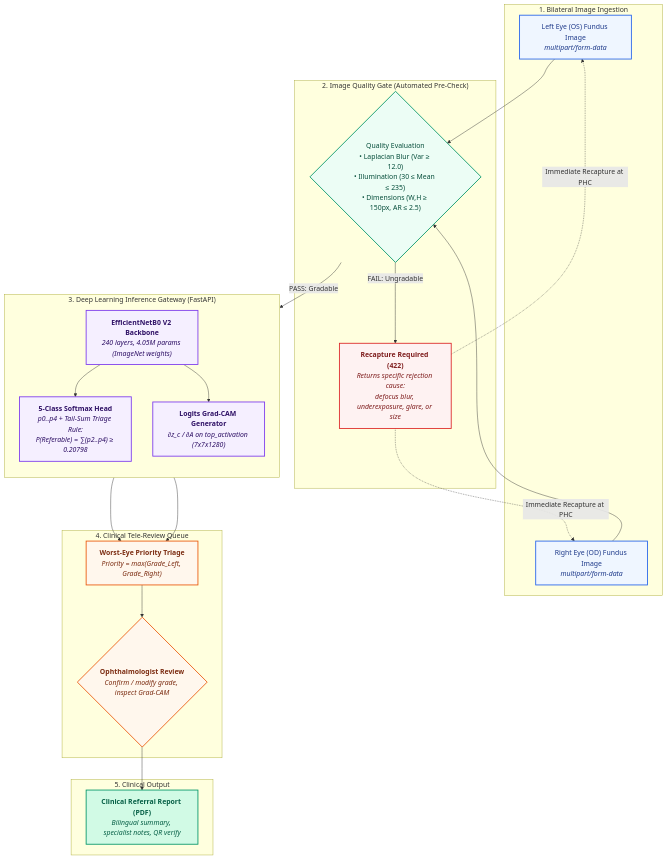
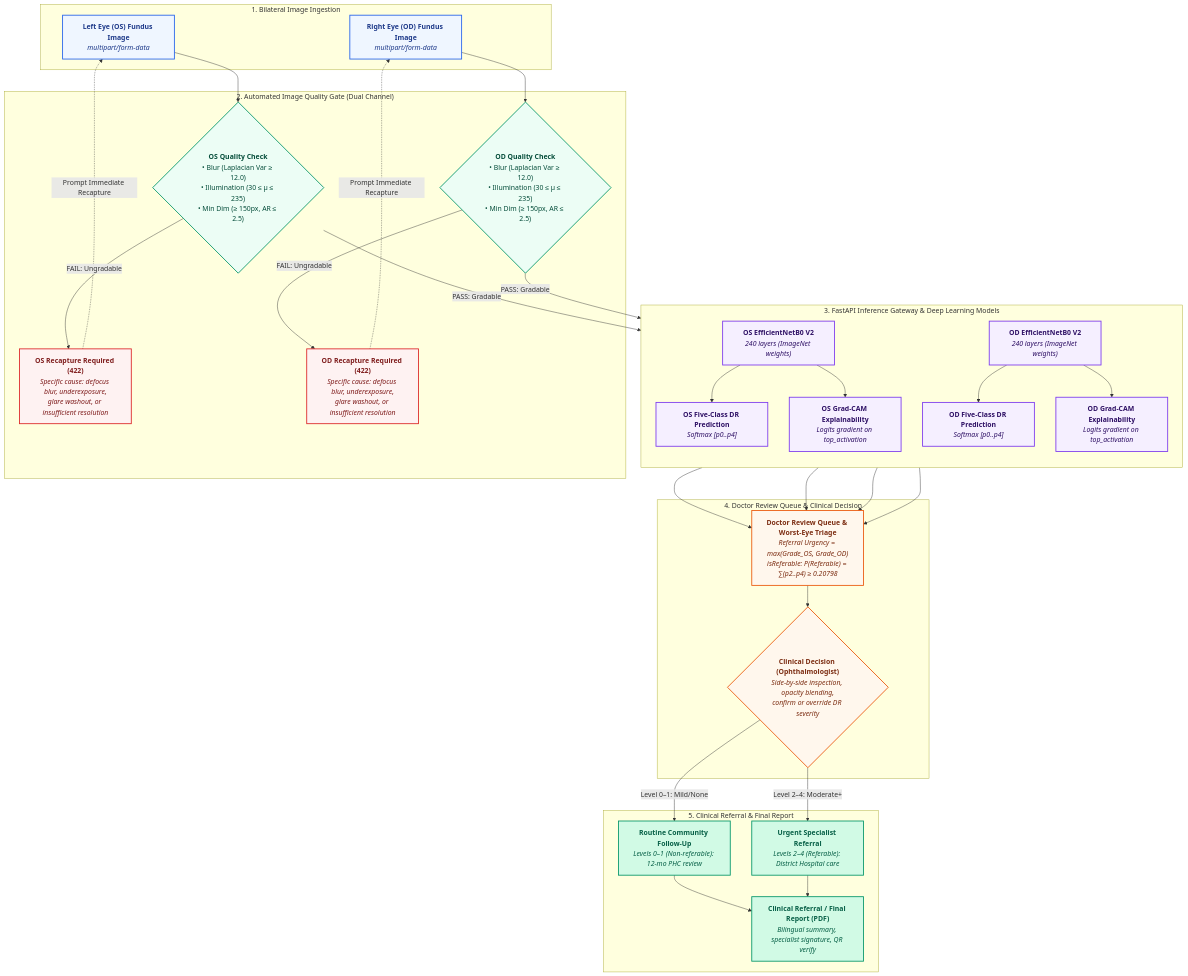
Before and after one commit to SudarshanSingh1/DR-Screening-System: the first of 3 diagrams in README.md, drawn with Mermaid. The commit also changed other lines of this file, not shown here.

````diff
--- a/README.md
+++ b/README.md
@@ -94,55 +94,77 @@
 ```mermaid
 flowchart TD
     subgraph S1 ["1. Bilateral Image Ingestion"]
-        LE["Left Eye (OS) Fundus Image<br/><i>multipart/form-data</i>"]
-        RE["Right Eye (OD) Fundus Image<br/><i>multipart/form-data</i>"]
+        LE_IN["<b>Left Eye (OS) Fundus Image</b><br/><i>multipart/form-data</i>"]
+        RE_IN["<b>Right Eye (OD) Fundus Image</b><br/><i>multipart/form-data</i>"]
     end
 
-    subgraph S2 ["2. Image Quality Gate (Automated Pre-Check)"]
-        QG{"Quality Evaluation<br/>• Laplacian Blur (Var ≥ 12.0)<br/>• Illumination (30 ≤ Mean ≤ 235)<br/>• Dimensions (W,H ≥ 150px, AR ≤ 2.5)"}
-        RECAP["<b>Recapture Required (422)</b><br/><i>Returns specific rejection cause:<br/>defocus blur, underexposure, glare, or size</i>"]
+    subgraph S2 ["2. Automated Image Quality Gate (Dual Channel)"]
+        QG_LE{"<b>OS Quality Check</b><br/>• Blur (Laplacian Var ≥ 12.0)<br/>• Illumination (30 ≤ μ ≤ 235)<br/>• Min Dim (≥ 150px, AR ≤ 2.5)"}
+        QG_RE{"<b>OD Quality Check</b><br/>• Blur (Laplacian Var ≥ 12.0)<br/>• Illumination (30 ≤ μ ≤ 235)<br/>• Min Dim (≥ 150px, AR ≤ 2.5)"}
+        RECAP_LE["<b>OS Recapture Required (422)</b><br/><i>Specific cause: defocus blur, underexposure,<br/>glare washout, or insufficient resolution</i>"]
+        RECAP_RE["<b>OD Recapture Required (422)</b><br/><i>Specific cause: defocus blur, underexposure,<br/>glare washout, or insufficient resolution</i>"]
     end
 
-    subgraph S3 ["3. Deep Learning Inference Gateway (FastAPI)"]
+    subgraph S3 ["3. FastAPI Inference Gateway & Deep Learning Models"]
         direction TB
-        M5["<b>EfficientNetB0 V2 Backbone</b><br/><i>240 layers, 4.05M params (ImageNet weights)</i>"]
-        PRED["<b>5-Class Softmax Head</b><br/><i>p0..p4 + Tail-Sum Triage Rule:<br/>P(Referable) = ∑(p2..p4) ≥ 0.20798</i>"]
-        XAI["<b>Logits Grad-CAM Generator</b><br/><i>∂z_c / ∂A on top_activation (7x7x1280)</i>"]
-        M5 --> PRED
-        M5 --> XAI
+        M5_LE["<b>OS EfficientNetB0 V2</b><br/><i>240 layers (ImageNet weights)</i>"]
+        M5_RE["<b>OD EfficientNetB0 V2</b><br/><i>240 layers (ImageNet weights)</i>"]
+        PRED_LE["<b>OS Five-Class DR Prediction</b><br/><i>Softmax [p0..p4]</i>"]
+        PRED_RE["<b>OD Five-Class DR Prediction</b><br/><i>Softmax [p0..p4]</i>"]
+        XAI_LE["<b>OS Grad-CAM Explainability</b><br/><i>Logits gradient on top_activation</i>"]
+        XAI_RE["<b>OD Grad-CAM Explainability</b><br/><i>Logits gradient on top_activation</i>"]
+
+        M5_LE --> PRED_LE
+        M5_LE --> XAI_LE
+        M5_RE --> PRED_RE
+        M5_RE --> XAI_RE
     end
 
-    subgraph S4 ["4. Clinical Tele-Review Queue"]
-        TRIAGE["<b>Worst-Eye Priority Triage</b><br/><i>Priority = max(Grade_Left, Grade_Right)</i>"]
-        DOC{"<b>Ophthalmologist Review</b><br/><i>Confirm / modify grade, inspect Grad-CAM</i>"}
-        TRIAGE --> DOC
+    subgraph S4 ["4. Doctor Review Queue & Clinical Decision"]
+        TRIAGE["<b>Doctor Review Queue & Worst-Eye Triage</b><br/><i>Referral Urgency = max(Grade_OS, Grade_OD)<br/>isReferable: P(Referable) = ∑(p2..p4) ≥ 0.20798</i>"]
+        DOC_EVAL{"<b>Clinical Decision (Ophthalmologist)</b><br/><i>Side-by-side inspection, opacity blending,<br/>confirm or override DR severity</i>"}
+        TRIAGE --> DOC_EVAL
     end
 
-    subgraph S5 ["5. Clinical Output"]
-        REP["<b>Clinical Referral Report (PDF)</b><br/><i>Bilingual summary, specialist notes, QR verify</i>"]
+    subgraph S5 ["5. Clinical Referral & Final Report"]
+        ROUTINE["<b>Routine Community Follow-Up</b><br/><i>Levels 0–1 (Non-referable): 12-mo PHC review</i>"]
+        URGENT["<b>Urgent Specialist Referral</b><br/><i>Levels 2–4 (Referable): District Hospital care</i>"]
+        FINAL_REP["<b>Clinical Referral / Final Report (PDF)</b><br/><i>Bilingual summary, specialist signature, QR verify</i>"]
+
+        ROUTINE --> FINAL_REP
+        URGENT --> FINAL_REP
     end
 
-    LE --> QG
-    RE --> QG
-    QG -->|FAIL: Ungradable| RECAP
-    RECAP -.->|Immediate Recapture at PHC| LE
-    RECAP -.->|Immediate Recapture at PHC| RE
-    QG -->|PASS: Gradable| M5
-    PRED --> TRIAGE
-    XAI --> TRIAGE
-    DOC --> REP
+    LE_IN --> QG_LE
+    RE_IN --> QG_RE
+
+    QG_LE -->|FAIL: Ungradable| RECAP_LE
+    RECAP_LE -.->|Prompt Immediate Recapture| LE_IN
+    QG_LE -->|PASS: Gradable| M5_LE
+
+    QG_RE -->|FAIL: Ungradable| RECAP_RE
+    RECAP_RE -.->|Prompt Immediate Recapture| RE_IN
+    QG_RE -->|PASS: Gradable| M5_RE
+
+    PRED_LE --> TRIAGE
+    XAI_LE --> TRIAGE
+    PRED_RE --> TRIAGE
+    XAI_RE --> TRIAGE
+
+    DOC_EVAL -->|Level 0–1: Mild/None| ROUTINE
+    DOC_EVAL -->|Level 2–4: Moderate+| URGENT
 
     classDef input stroke:#2563eb,stroke-width:2px,fill:#eff6ff,color:#1e3a8a;
-    classDef gatePass stroke:#059669,stroke-width:2px,fill:#ecfdf5,color:#064e3b;
-    classDef gateFail stroke:#dc2626,stroke-width:2px,fill:#fef2f2,color:#7f1d1d;
+    classDef passGate stroke:#059669,stroke-width:2px,fill:#ecfdf5,color:#064e3b;
+    classDef failGate stroke:#dc2626,stroke-width:2px,fill:#fef2f2,color:#7f1d1d;
     classDef mlEngine stroke:#7c3aed,stroke-width:2px,fill:#f5efff,color:#2e1065;
     classDef clinical stroke:#ea580c,stroke-width:2px,fill:#fff7ed,color:#7c2d12;
     classDef output stroke:#059669,stroke-width:2px,fill:#d1fae5,color:#065f46;
 
-    class LE,RE input;
-    class QG gatePass;
-    class RECAP gateFail;
-    class M5,PRED,XAI mlEngine;
-    class TRIAGE,DOC clinical;
-    class REP output;
+    class LE_IN,RE_IN input;
+    class QG_LE,QG_RE passGate;
+    class RECAP_LE,RECAP_RE failGate;
+    class M5_LE,M5_RE,PRED_LE,PRED_RE,XAI_LE,XAI_RE mlEngine;
+    class TRIAGE,DOC_EVAL clinical;
+    class ROUTINE,URGENT,FINAL_REP output;
 ```
````
